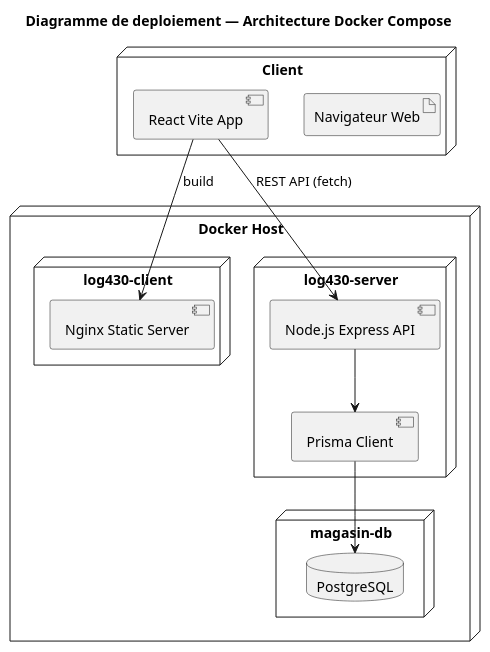
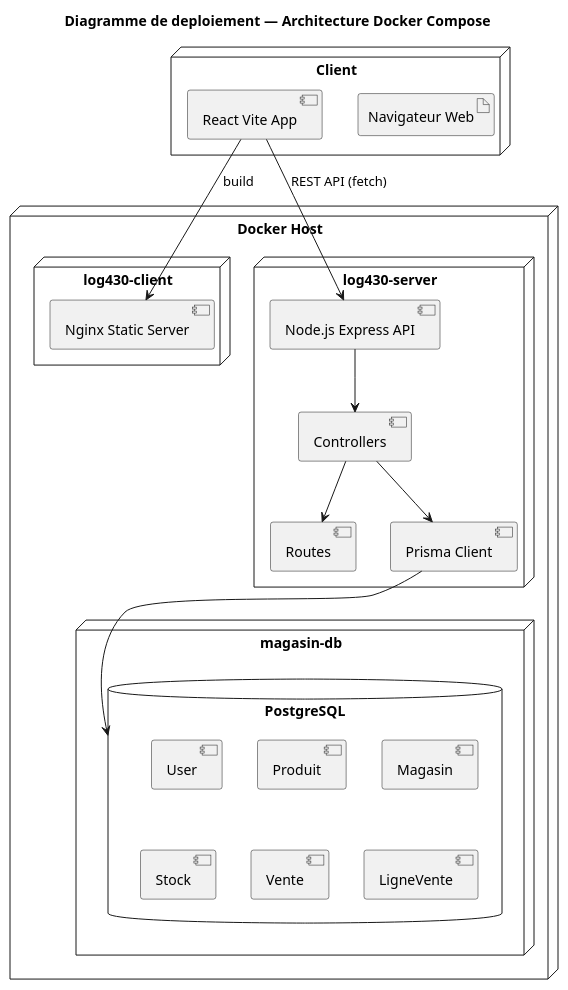
Before and after one commit to Minh-Khoi-Le/log430-lab2: the diagram in docs/UML/diagramme-deploiement.puml, drawn with PlantUML. The commit also changed 29 other files, not shown here.

```diff
--- a/docs/UML/diagramme-deploiement.puml
+++ b/docs/UML/diagramme-deploiement.puml
@@ -1,26 +1,37 @@
 @startuml Diagramme de deploiement
 title Diagramme de deploiement — Architecture Docker Compose
 
 node "Client" {
   artifact "Navigateur Web"
   [React Vite App]
 }
 
 node "Docker Host" {
   node "log430-client" {
     [Nginx Static Server]
   }
   node "log430-server" {
     [Node.js Express API]
+    [Controllers]
+    [Routes]
     [Prisma Client]
   }
   node "magasin-db" {
-    database "PostgreSQL" as DB
+    database "PostgreSQL" as DB {
+      [User]
+      [Produit]
+      [Magasin]
+      [Stock]
+      [Vente]
+      [LigneVente]
+    }
   }
 }
 
 [React Vite App] -down-> [Nginx Static Server] : build
 [React Vite App] --> [Node.js Express API] : REST API (fetch)
-[Node.js Express API] --> [Prisma Client]
+[Node.js Express API] --> [Controllers]
+[Controllers] --> [Routes]
+[Controllers] --> [Prisma Client]
 [Prisma Client] --> DB
 @enduml
```
